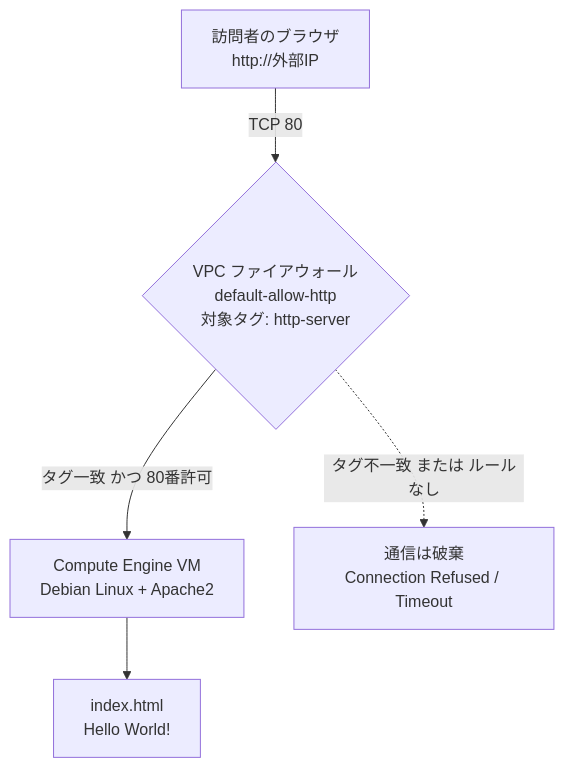
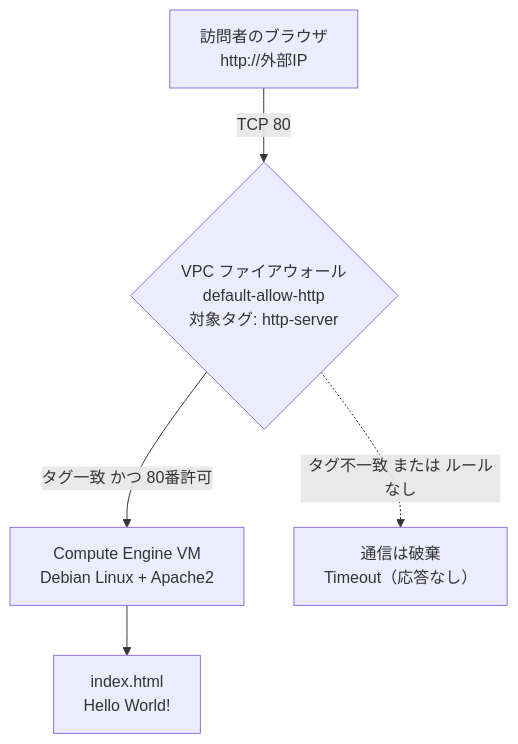
One commit to myoshi2891/Cloud-Infrastructure-and-Network-Studies changed the second of 7 diagrams in Gcp-apache-vm-challenge-lab-guide.md. Above: the diagram before and after it, drawn with Mermaid. The commit also changed other lines of this file and 6 other files, not shown here.

````diff
--- a/Gcp-apache-vm-challenge-lab-guide.md
+++ b/Gcp-apache-vm-challenge-lab-guide.md
@@ -45,7 +45,7 @@
 ```mermaid
 flowchart TB
     User["訪問者のブラウザ<br/>http://外部IP"] -->|"TCP 80"| FW{"VPC ファイアウォール<br/>default-allow-http<br/>対象タグ: http-server"}
     FW -->|"タグ一致 かつ 80番許可"| VM["Compute Engine VM<br/>Debian Linux + Apache2"]
-    FW -.->|"タグ不一致 または ルールなし"| Block["通信は破棄<br/>Connection Refused / Timeout"]
+    FW -.->|"タグ不一致 または ルールなし"| Block["通信は破棄<br/>Timeout（応答なし）"]
     VM --> Page["index.html<br/>Hello World!"]
 ```
````
